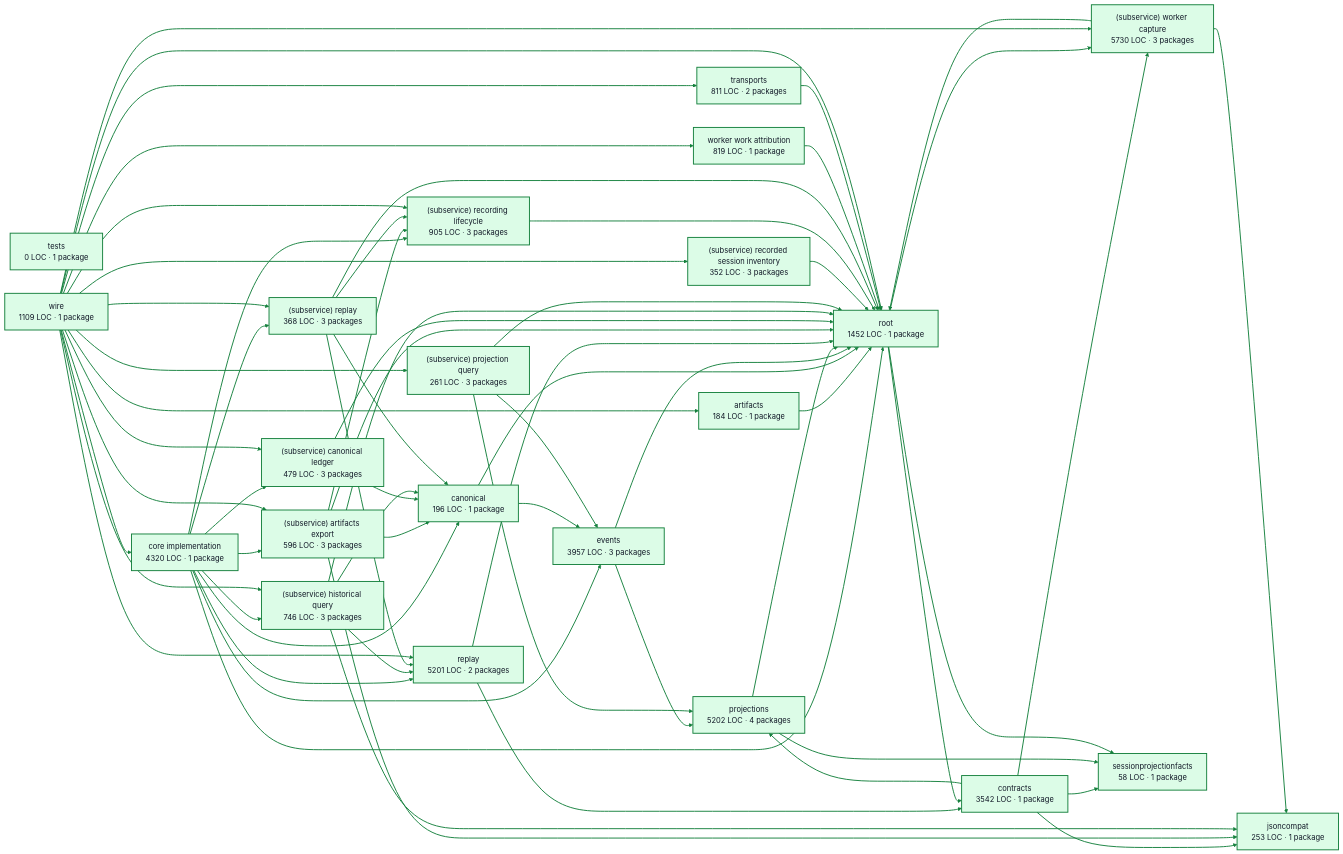
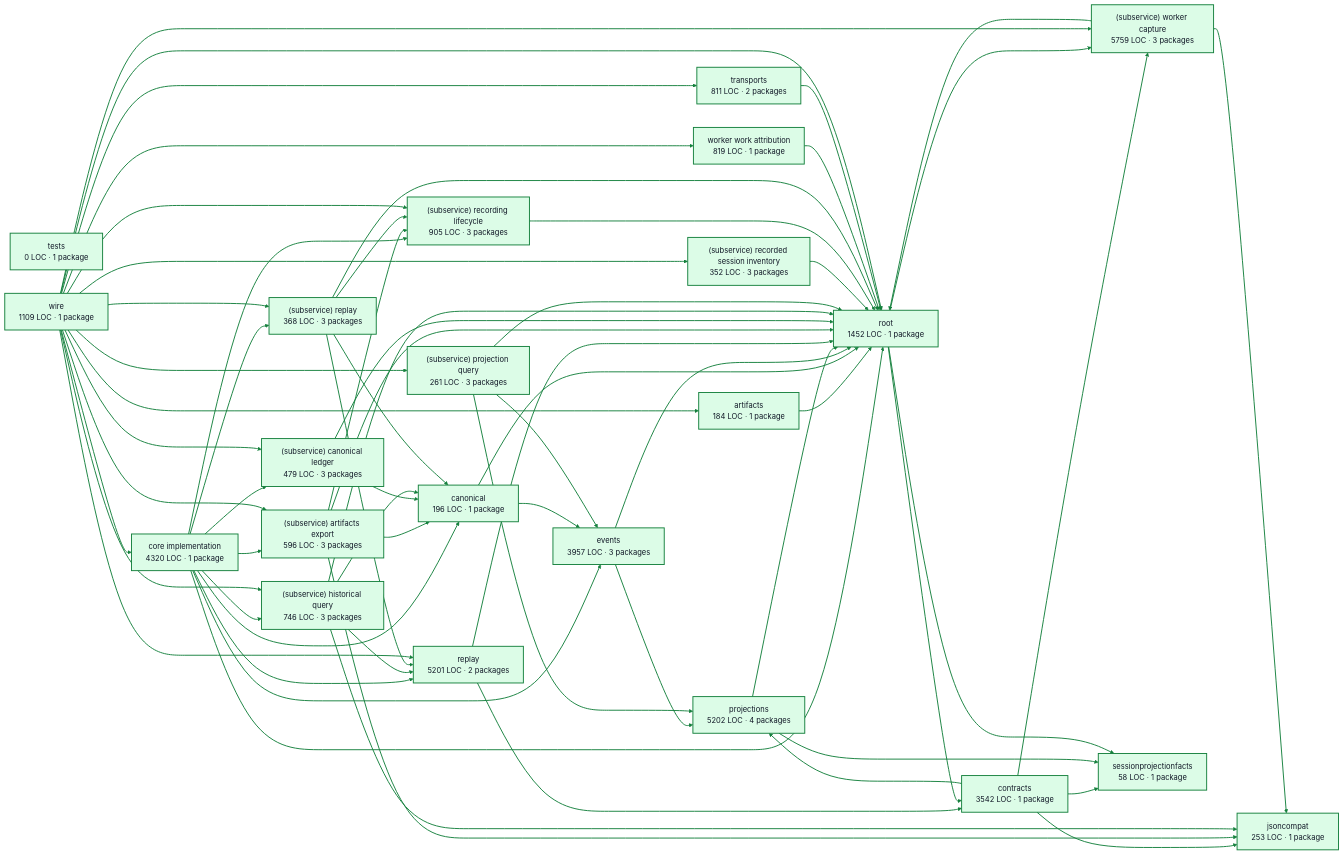
The diagram in docs/architecture/visualizations/services/recordings.md (portpowered/you-agent-factory), drawn with Mermaid (forest theme) before and after one commit. The commit also changed other lines of this file and 21 other files, not shown here.

Commit message:
docs: refresh backend architecture visualizations

```diff
--- a/docs/architecture/visualizations/services/recordings.md
+++ b/docs/architecture/visualizations/services/recordings.md
@@ -25,7 +25,7 @@
   p12["(subservice) recorded session inventory<br/>352 LOC · 3 packages"]
   p13["(subservice) recording lifecycle<br/>905 LOC · 3 packages"]
   p14["(subservice) replay<br/>368 LOC · 3 packages"]
-  p15["(subservice) worker capture<br/>5730 LOC · 3 packages"]
+  p15["(subservice) worker capture<br/>5759 LOC · 3 packages"]
   p16["sessionprojectionfacts<br/>58 LOC · 1 package"]
   p17["tests<br/>0 LOC · 1 package"]
   p18["worker work attribution<br/>819 LOC · 1 package"]
```
